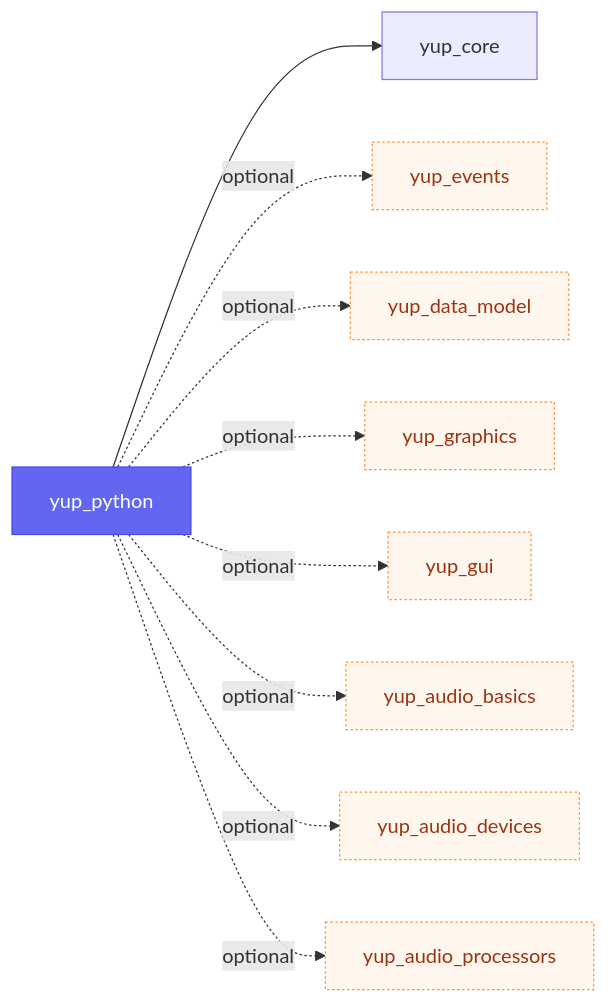
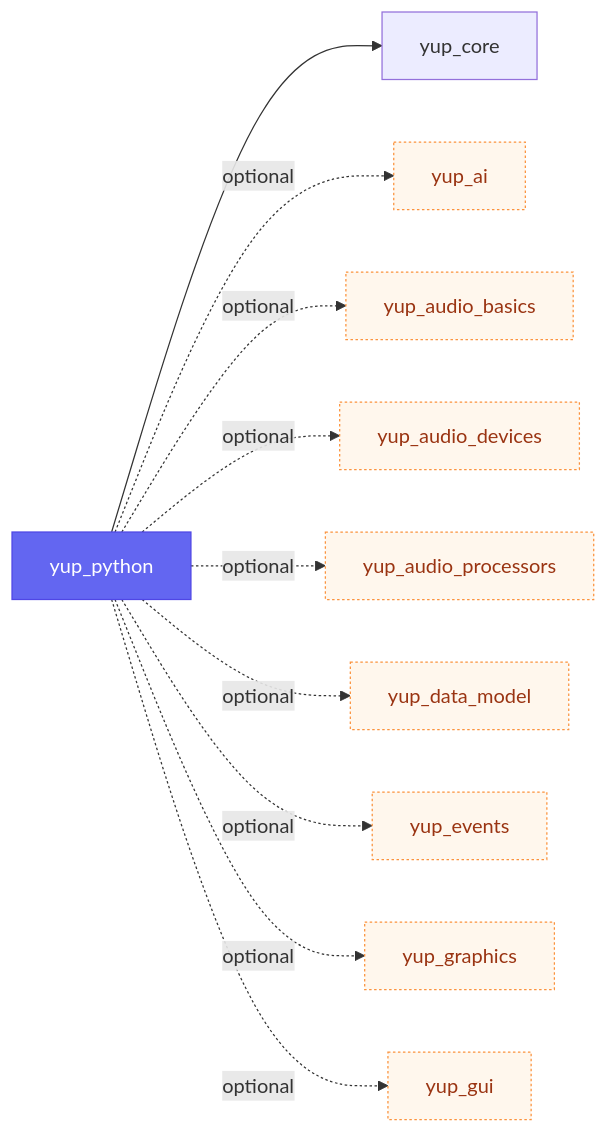
Before and after one commit to kunitoki/yup: diagram 19 of 20 in docs/modules.md, drawn with Mermaid. The commit also changed other lines of this file and 62 other files, not shown here.

````diff
--- a/docs/modules.md
+++ b/docs/modules.md
@@ -346,14 +364,15 @@
 ```mermaid
 flowchart LR
     yup_python:::self --> yup_core
-    yup_python -. optional .-> yup_events:::opt
-    yup_python -. optional .-> yup_data_model:::opt
-    yup_python -. optional .-> yup_graphics:::opt
-    yup_python -. optional .-> yup_gui:::opt
+    yup_python -. optional .-> yup_ai:::opt
     yup_python -. optional .-> yup_audio_basics:::opt
     yup_python -. optional .-> yup_audio_devices:::opt
     yup_python -. optional .-> yup_audio_processors:::opt
+    yup_python -. optional .-> yup_data_model:::opt
+    yup_python -. optional .-> yup_events:::opt
+    yup_python -. optional .-> yup_graphics:::opt
+    yup_python -. optional .-> yup_gui:::opt
     classDef self fill:#6366f1,color:#fff,stroke:#4f46e5;
     classDef ext fill:#f3f4f6,color:#374151,stroke:#9ca3af,stroke-dasharray:4 3;
     classDef opt fill:#fff7ed,color:#9a3412,stroke:#fb923c,stroke-dasharray:2 2;
 ```
````
